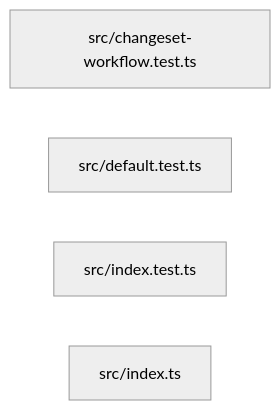
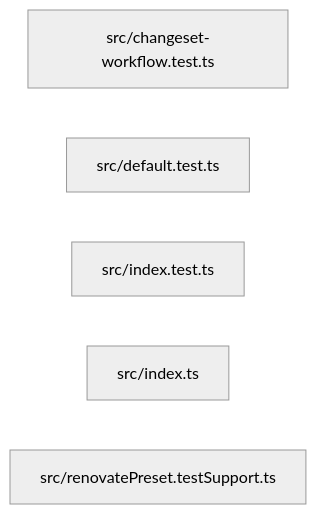
One commit to ankhorage/renovate changed the diagram in paradox/diagrams/export-graph.mmd. Above: the diagram before and after it, drawn with Mermaid (neutral theme). The commit also changed 11 other files, not shown here.

```diff
--- a/paradox/diagrams/export-graph.mmd
+++ b/paradox/diagrams/export-graph.mmd
@@ -1,5 +1,6 @@
 graph LR
   module_src_changeset_workflow_test_ts["src/changeset-workflow.test.ts"]
   module_src_default_test_ts["src/default.test.ts"]
   module_src_index_test_ts["src/index.test.ts"]
   module_src_index_ts["src/index.ts"]
+  module_src_renovatePreset_testSupport_ts["src/renovatePreset.testSupport.ts"]
```
